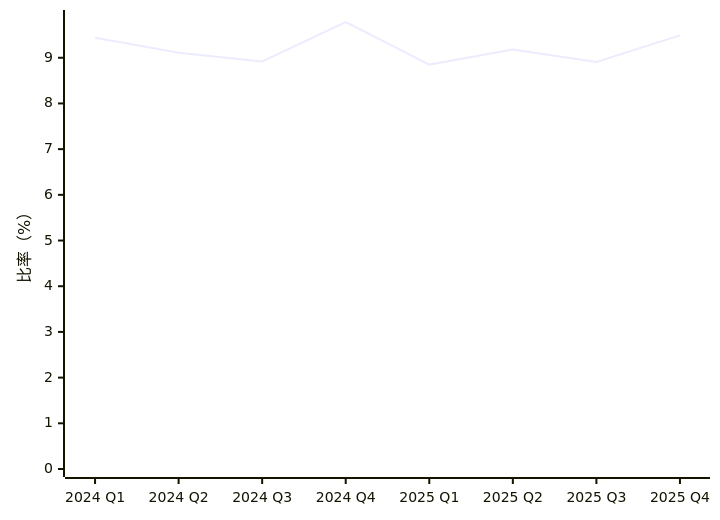
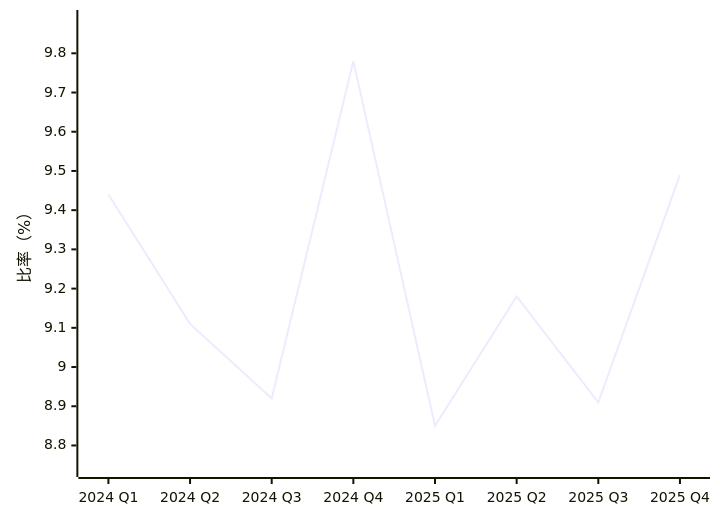
The seventh of 19 diagrams in content/台灣零售與電商競爭分析.md (jyuny1/blog), drawn with Mermaid before and after one commit. The commit also changed other lines of this file, not shown here.

````diff
--- a/content/台灣零售與電商競爭分析.md
+++ b/content/台灣零售與電商競爭分析.md
@@ -114,6 +114,6 @@
 ```mermaid
 xychart-beta
     x-axis ["2024 Q1", "2024 Q2", "2024 Q3", "2024 Q4", "2025 Q1", "2025 Q2", "2025 Q3", "2025 Q4"]
-    y-axis "比率（%）" 0 --> 9.87
+    y-axis "比率（%）" 8.74 --> 9.89
     line [9.44, 9.11, 8.92, 9.78, 8.85, 9.18, 8.91, 9.49]
 ```
````
